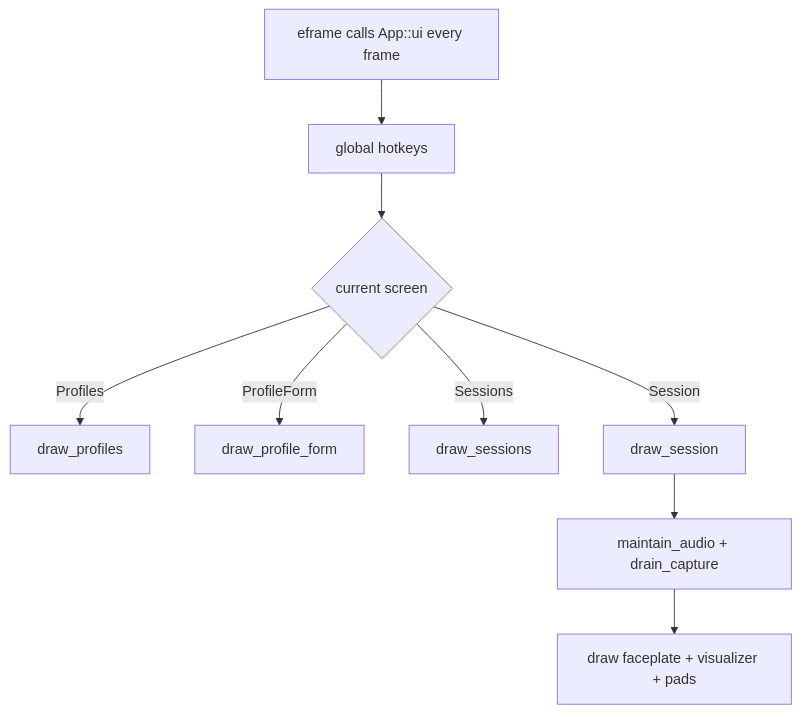
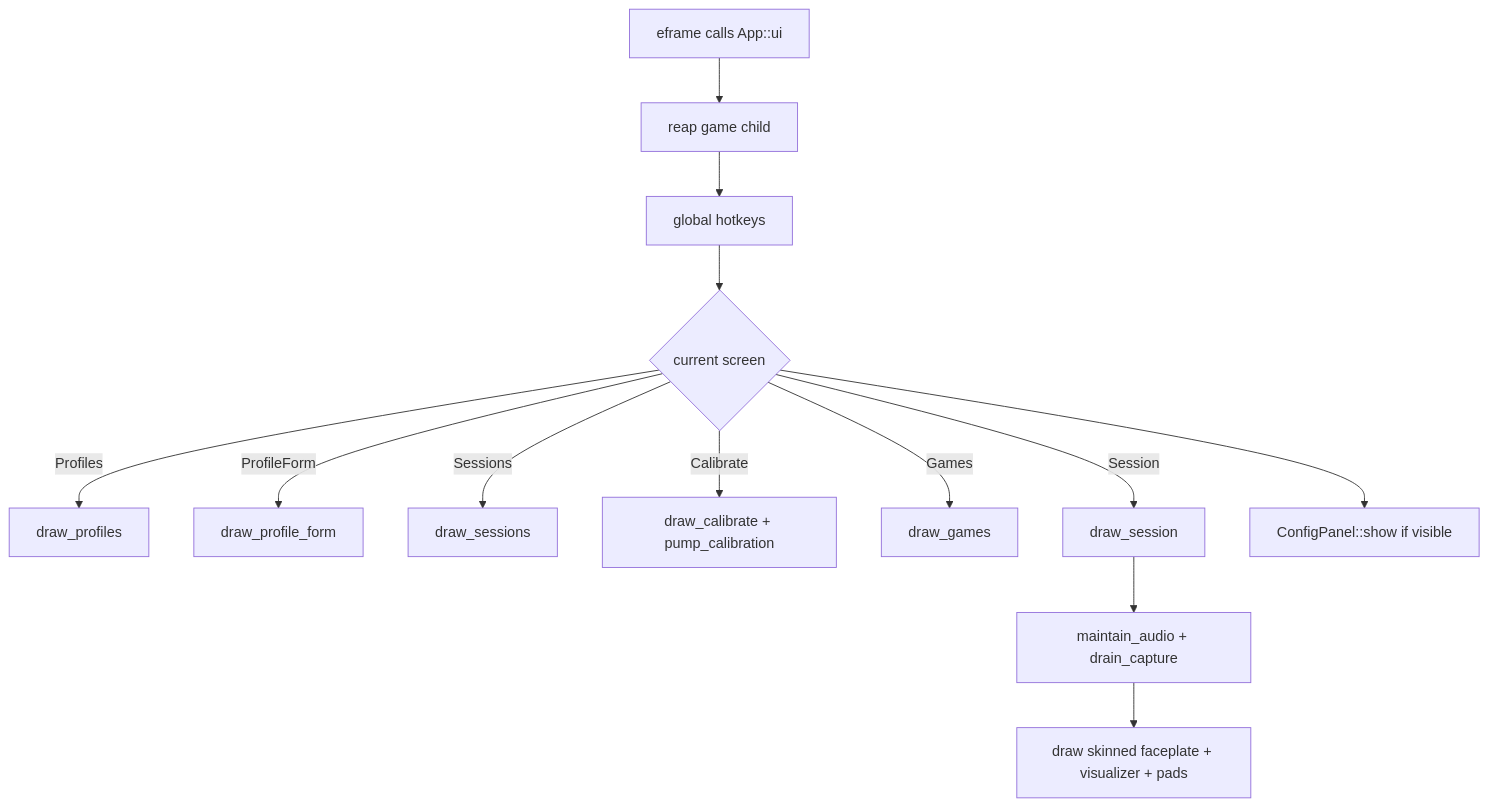
One commit to pipejesus/rondelek-twst-1 changed the first of 3 diagrams in docs/src/architecture.md. Above: the diagram before and after it, drawn with Mermaid. The commit also changed other lines of this file and 15 other files, not shown here.

````diff
--- a/docs/src/architecture.md
+++ b/docs/src/architecture.md
@@ -18,11 +40,15 @@
 ```mermaid
 flowchart TD
-    frame[eframe calls App::ui every frame] --> keys[global hotkeys]
+    frame[eframe calls App::ui] --> reap[reap game child]
+    reap --> keys[global hotkeys]
     keys --> screen{current screen}
     screen -->|Profiles| p[draw_profiles]
     screen -->|ProfileForm| f[draw_profile_form]
     screen -->|Sessions| s[draw_sessions]
+    screen -->|Calibrate| c[draw_calibrate + pump_calibration]
+    screen -->|Games| gm[draw_games]
     screen -->|Session| g[draw_session]
     g --> audio[maintain_audio + drain_capture]
-    audio --> render[draw faceplate + visualizer + pads]
+    audio --> render[draw skinned faceplate + visualizer + pads]
+    screen --> cfg[ConfigPanel::show if visible]
 ```
````
